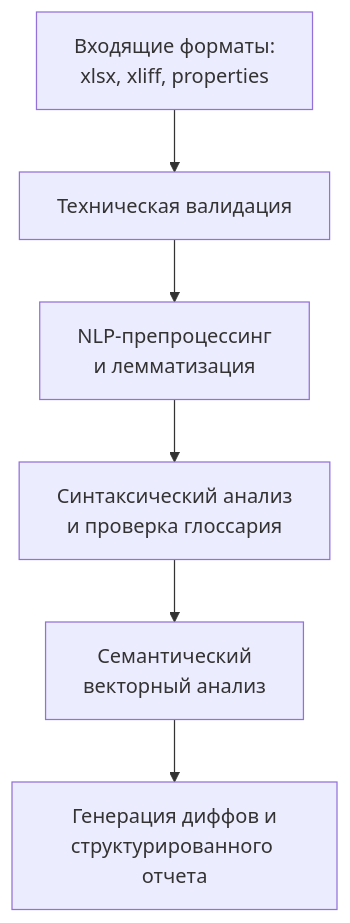
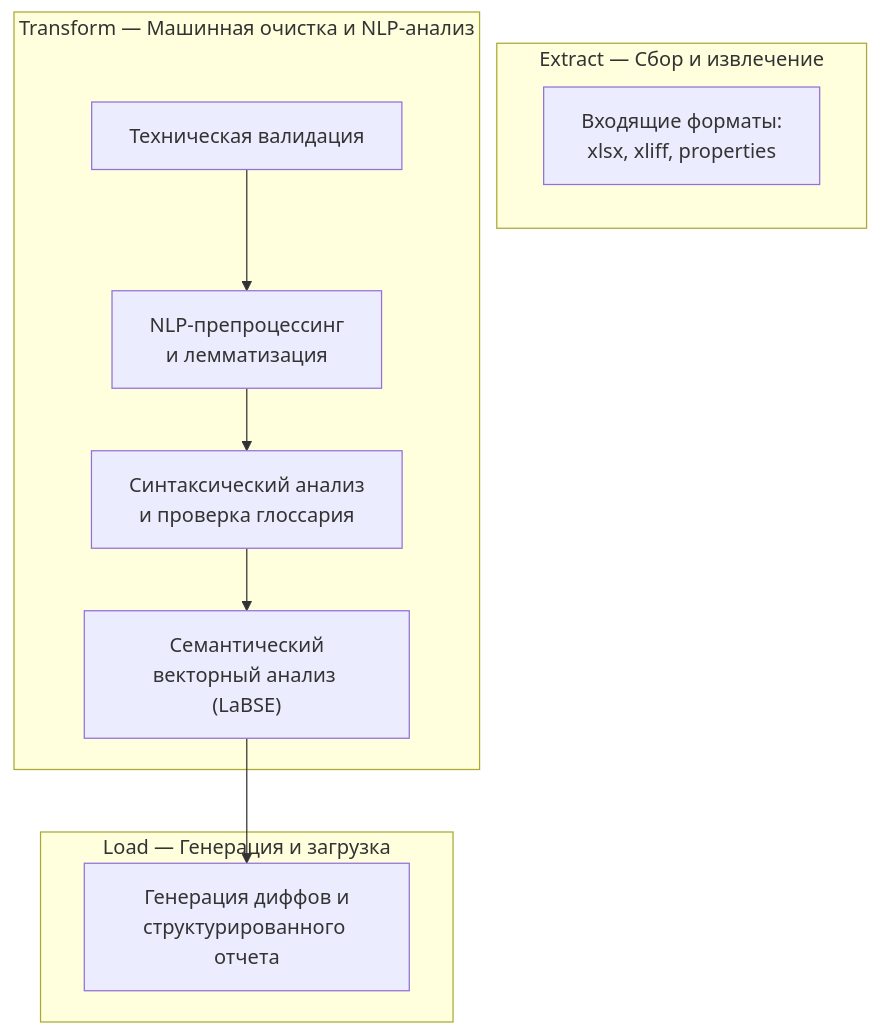
One commit to lopefre/lopefre.github.io changed the diagram in docs/cases/lqa-framework.md. Above: the diagram before and after it, drawn with Mermaid. The commit also changed other lines of this file and 1 other file, not shown here.

Commit message:
upd lqa, loc pipeline etl

````diff
--- a/docs/cases/lqa-framework.md
+++ b/docs/cases/lqa-framework.md
@@ -22,10 +23,18 @@
 ```mermaid
 graph TD
-    A["Входящие форматы:<br>xlsx, xliff, properties"] --> B["Техническая валидация"]
-    B --> C["NLP-препроцессинг<br>и лемматизация"]
-    C --> D["Синтаксический анализ<br>и проверка глоссария"]
-    D --> E["Семантический<br>векторный анализ"]
-    E --> F["Генерация диффов и<br>структурированного отчета"]
+    subgraph E [Extract — Сбор и извлечение]
+        A["Входящие форматы:<br>xlsx, xliff, properties"]
+    end
+    
+    subgraph T [Transform — Машинная очистка и NLP-анализ]
+        B["Техническая валидация"] --> C["NLP-препроцессинг<br>и лемматизация"]
+        C --> D["Синтаксический анализ<br>и проверка глоссария"]
+        D --> E1["Семантический<br>векторный анализ (LaBSE)"]
+    end
+    
+    subgraph L [Load — Генерация и загрузка]
+        E1 --> F["Генерация диффов и<br>структурированного отчета"]
+    end
 
 
 ```
````
